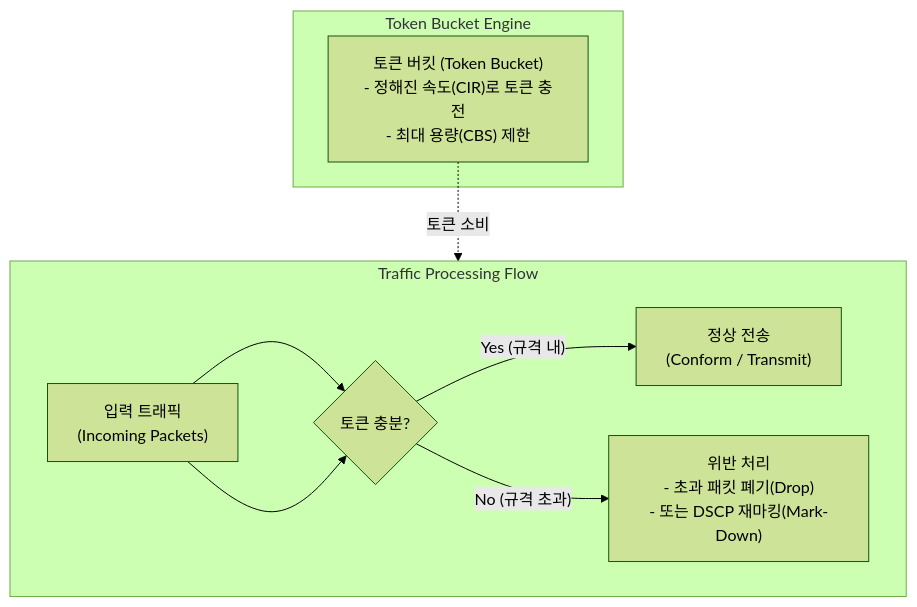
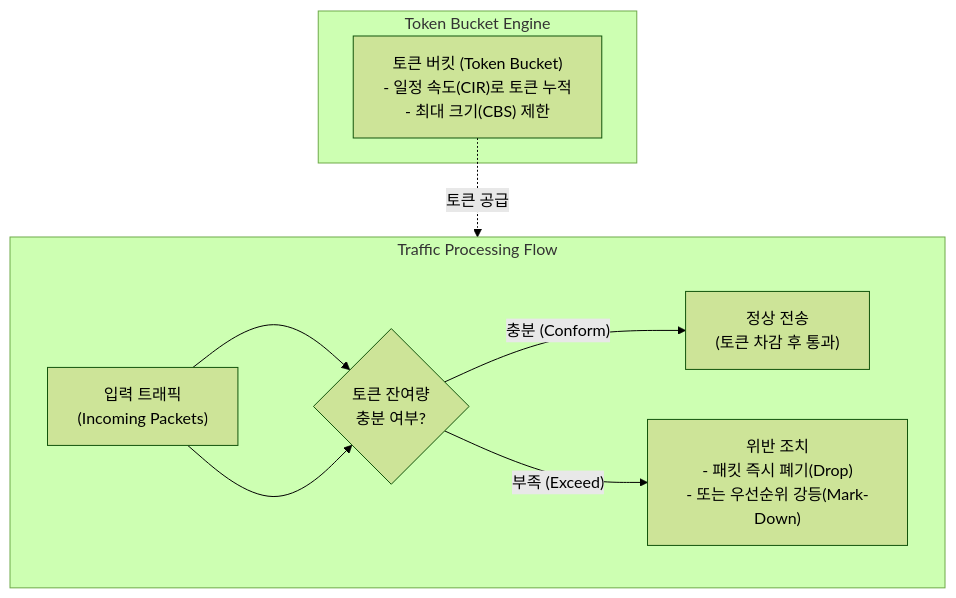
The diagram in content/01_IT Tech/Traffic Policing (트래픽 정책처리).md (supremethumb/supremethumb.github.io), drawn with Mermaid (forest theme) before and after one commit. The commit also changed other lines of this file and 362 other files, not shown here.

````diff
--- a/content/01_IT Tech/Traffic Policing (트래픽 정책처리).md
+++ b/content/01_IT Tech/Traffic Policing (트래픽 정책처리).md
@@ -25,18 +31,16 @@
 ```mermaid
 flowchart TB
     subgraph Bucket["Token Bucket Engine"]
-        TB["토큰 버킷 (Token Bucket)<br/>- 정해진 속도(CIR)로 토큰 충전<br/>- 최대 용량(CBS) 제한"]
+        TB["토큰 버킷 (Token Bucket)<br/>- 일정 속도(CIR)로 토큰 누적<br/>- 최대 크기(CBS) 제한"]
     end
 
     subgraph Process["Traffic Processing Flow"]
         direction LR
-        IN["입력 트래픽<br/>(Incoming Packets)"] --> CHK{"토큰 충분?"}
-        CHK -->|"Yes (규격 내)"| PASS["정상 전송<br/>(Conform / Transmit)"]
-        CHK -->|"No (규격 초과)"| ACT["위반 처리<br/>- 초과 패킷 폐기(Drop)<br/>- 또는 DSCP 재마킹(Mark-Down)"]
+        IN["입력 트래픽<br/>(Incoming Packets)"] --> CHK{"토큰 잔여량<br/>충분 여부?"}
+        CHK -->|"충분 (Conform)"| PASS["정상 전송<br/>(토큰 차감 후 통과)"]
+        CHK -->|"부족 (Exceed)"| ACT["위반 조치<br/>- 패킷 즉시 폐기(Drop)<br/>- 또는 우선순위 강등(Mark-Down)"]
     end
 
     IN --> CHK
-    TB -. "토큰 소비" .-> CHK
-
-
+    TB -. "토큰 공급" .-> CHK
 ```
````
